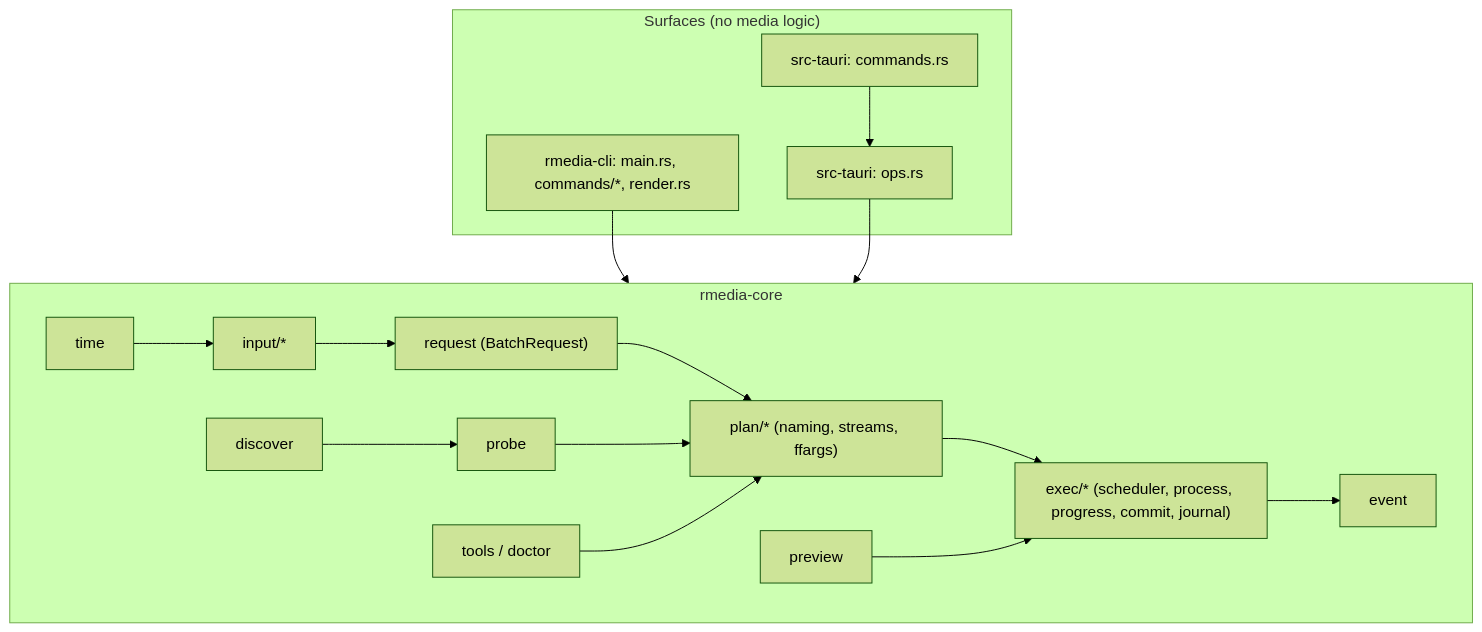
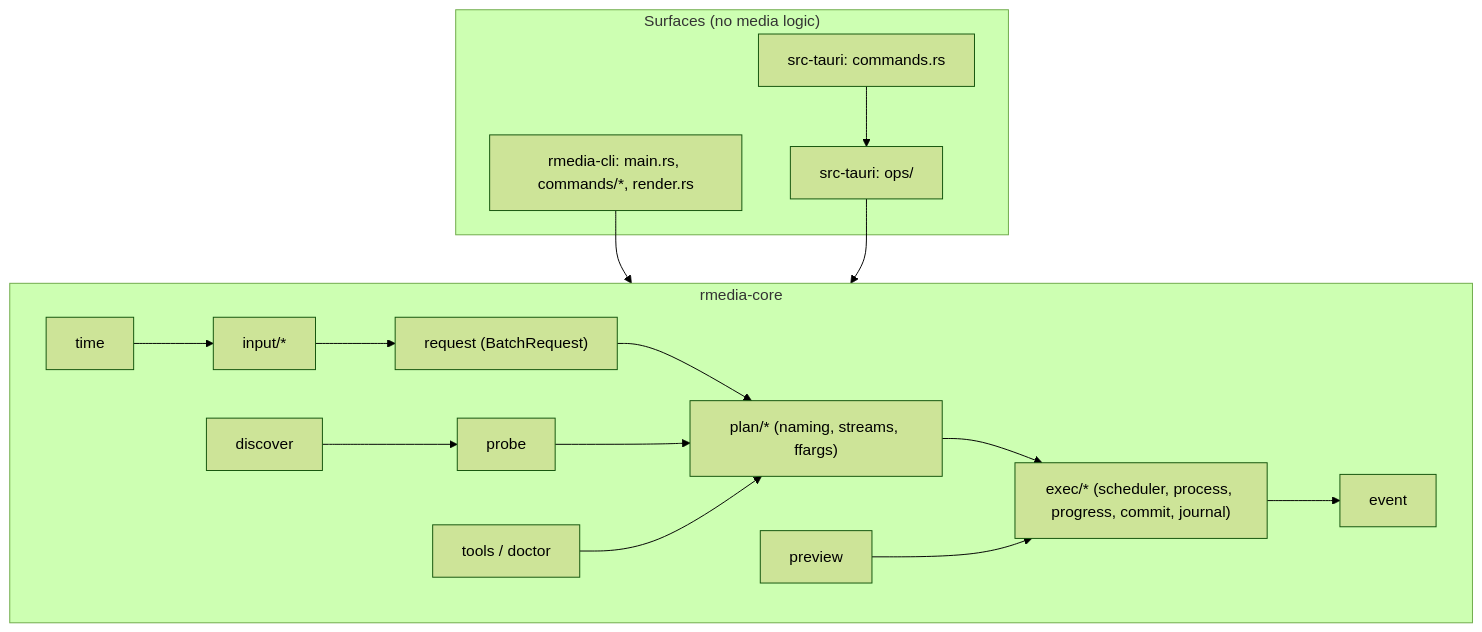
One commit to z3r0fidev/redd-media-clipper-upscaler changed the second of 3 diagrams in docs/architecture/overview.md. Above: the diagram before and after it, drawn with Mermaid (forest theme). The commit also changed other lines of this file and 46 other files, not shown here.

````diff
--- a/docs/architecture/overview.md
+++ b/docs/architecture/overview.md
@@ -105,20 +105,20 @@
 ```mermaid
 flowchart TB
   subgraph surfaces["Surfaces (no media logic)"]
     clirs["rmedia-cli: main.rs, commands/*, render.rs"]
-    tcmd["src-tauri: commands.rs"] --> tops["src-tauri: ops.rs"]
+    tcmd["src-tauri: commands.rs"] --> tops["src-tauri: ops/"]
   end
   subgraph core["rmedia-core"]
     time["time"] --> input["input/*"]
     input --> request["request (BatchRequest)"]
     discover["discover"] --> probe["probe"]
     request --> plan["plan/* (naming, streams, ffargs)"]
     probe --> plan
     tools["tools / doctor"] --> plan
     plan --> exec["exec/* (scheduler, process, progress, commit, journal)"]
     preview["preview"] --> exec
     exec --> event["event"]
   end
   clirs --> core
   tops --> core
 ```
````
